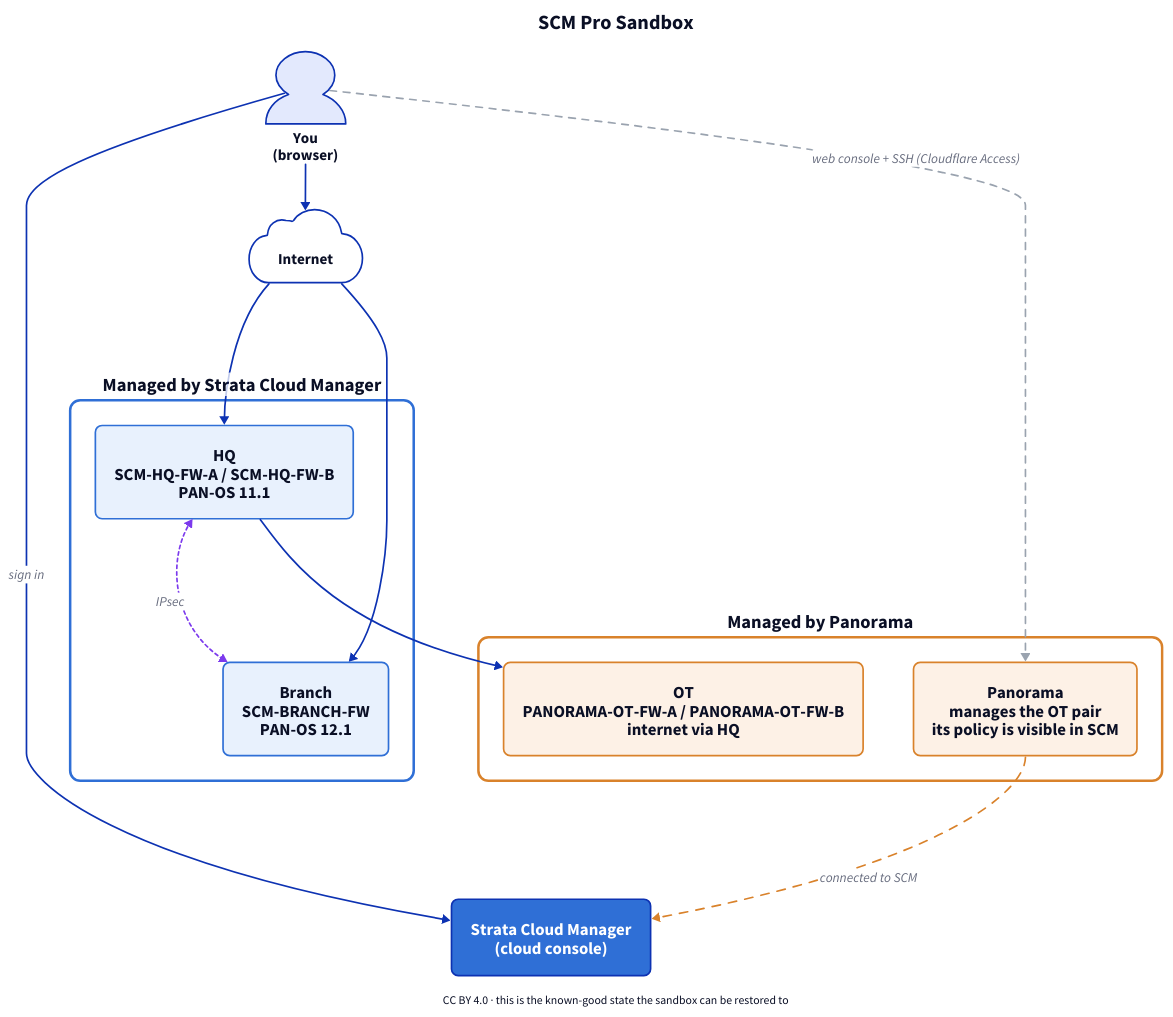
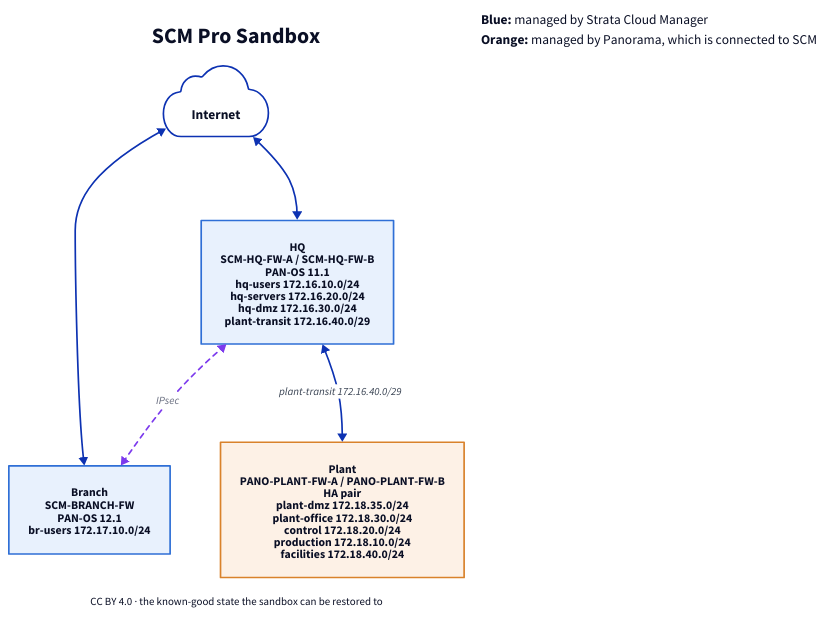
One commit to gegrsyn/SCMPro-Sandbox changed the diagram in drawings/overview.d2. Above: the diagram before and after it, drawn with D2. The commit also changed 10 other files, not shown here.

Commit message:
Rename the OT segment to Plant, add the facilities zone; new topology drawings; current handout v1.3

```diff
--- a/drawings/overview.d2
+++ b/drawings/overview.d2
@@ -1,48 +1,27 @@
 direction: down
-title: "SCM Pro Sandbox" {near: top-center; shape: text; style.font-size: 24; style.bold: true}
+classes: {
+  fw-scm: {style: {fill: "#2f6fd6"; font-color: "#ffffff"; font-size: 17; bold: true; border-radius: 8}}
+  fw-pano: {style: {fill: "#d9822b"; font-color: "#ffffff"; font-size: 17; bold: true; border-radius: 8}}
+  zone-scm: {style: {fill: "#eef4fd"; stroke: "#2f6fd6"; border-radius: 6; font-size: 15}}
+  zone-pano: {style: {fill: "#fef6ee"; stroke: "#d9822b"; border-radius: 6; font-size: 15}}
+  host: {style: {fill: "#ffffff"; stroke: "#6b7280"; font-size: 13; border-radius: 4}}
+  site-scm: {style: {fill: "#e8f1fd"; stroke: "#2f6fd6"; font-size: 14}}
+  site-pano: {style: {fill: "#fdf1e6"; stroke: "#d9822b"; font-size: 14}}
+  link: {style: {font-size: 13; font-color: "#374151"}}
+  vpn: {style: {stroke: "#7c3aed"; stroke-dash: 3; font-size: 13}}
+}
+title: "SCM Pro Sandbox" {near: top-center; shape: text; style: {font-size: 26; bold: true}}
 
-you: {
-  label: "You\n(browser)"
-  shape: person; style: {font-size: 18}
-}
-internet: {
-  label: "Internet"
-  shape: cloud; style: {font-size: 18}
-}
-console: {
-  label: "Strata Cloud Manager\n(cloud console)"
-  shape: rectangle; style: {fill: "#2f6fd6"; font-color: "#ffffff"; border-radius: 8; font-size: 20}
-}
-scm: {
-  label: "Managed by Strata Cloud Manager"
-  style: {stroke: "#2f6fd6"; stroke-width: 3; fill: "#ffffff"; border-radius: 12; font-size: 22; bold: true}
-  hq: {
-    label: "HQ\nSCM-HQ-FW-A / SCM-HQ-FW-B\nPAN-OS 11.1"
-    style: {fill: "#e8f1fd"; stroke: "#2f6fd6"; border-radius: 8; font-size: 20}
-  }
-  branch: {
-    label: "Branch\nSCM-BRANCH-FW\nPAN-OS 12.1"
-    style: {fill: "#e8f1fd"; stroke: "#2f6fd6"; border-radius: 8; font-size: 20}
-  }
-}
-pano: {
-  label: "Managed by Panorama"
-  style: {stroke: "#d9822b"; stroke-width: 3; fill: "#ffffff"; border-radius: 12; font-size: 22; bold: true}
-  panorama: {
-    label: "Panorama\nmanages the OT pair\nits policy is visible in SCM"
-    style: {fill: "#fdf1e6"; stroke: "#d9822b"; border-radius: 8; font-size: 20}
-  }
-  ot: {
-    label: "OT\nPANORAMA-OT-FW-A / PANORAMA-OT-FW-B\ninternet via HQ"
-    style: {fill: "#fdf1e6"; stroke: "#d9822b"; border-radius: 8; font-size: 20}
-  }
-}
-you -> console: "sign in" {style: {font-size: 16}}
-you -> internet: {style: {font-size: 16}}
-internet -> scm.hq {style: {font-size: 16}}
-internet -> scm.branch {style: {font-size: 16}}
-scm.hq <-> scm.branch: "IPsec" {style: {stroke: "#7c3aed"; stroke-dash: 2; font-size: 16}}
-scm.hq -> pano.ot {style: {font-size: 16}}
-pano.panorama -> console: "connected to SCM" {style: {stroke: "#d9822b"; stroke-dash: 5; font-size: 16}}
-you -> pano.panorama: "web console + SSH (Cloudflare Access)" {style: {stroke: "#9aa3af"; stroke-dash: 4; font-size: 16}}
-foot: "CC BY 4.0 · this is the known-good state the sandbox can be restored to" {shape: text; near: bottom-center; style.font-size: 14}
+internet: "Internet" {shape: cloud; style.font-size: 16}
+key: |md
+  **Blue:** managed by Strata Cloud Manager  
+  **Orange:** managed by Panorama, which is connected to SCM
+| {near: top-right}
+hq: "HQ\nSCM-HQ-FW-A / SCM-HQ-FW-B\nPAN-OS 11.1\nhq-users 172.16.10.0/24\nhq-servers 172.16.20.0/24\nhq-dmz 172.16.30.0/24\nplant-transit 172.16.40.0/29" {class: site-scm}
+internet <-> hq
+hq <-> branch: "IPsec" {class: vpn}
+branch: "Branch\nSCM-BRANCH-FW\nPAN-OS 12.1\nbr-users 172.17.10.0/24" {class: site-scm}
+internet <-> branch
+plant: "Plant\nPANO-PLANT-FW-A / PANO-PLANT-FW-B\nHA pair\nplant-dmz 172.18.35.0/24\nplant-office 172.18.30.0/24\ncontrol 172.18.20.0/24\nproduction 172.18.10.0/24\nfacilities 172.18.40.0/24" {class: site-pano}
+hq <-> plant: "plant-transit 172.16.40.0/29" {class: link}
+foot: "CC BY 4.0 · the known-good state the sandbox can be restored to" {shape: text; near: bottom-center; style.font-size: 13}
```
